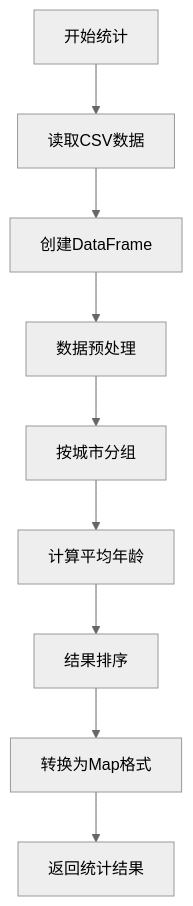
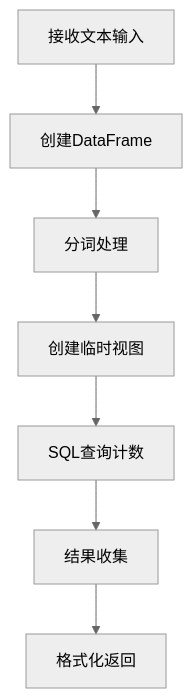
Before and after one commit to HangerLIN/spark-demo: the fourth of 11 diagrams in README.md, drawn with Mermaid (neutral theme). The commit also changed other lines of this file, not shown here.

Commit message:
更新README，添加详细API说明和流程图

````diff
--- a/README.md
+++ b/README.md
@@ -164,11 +83,9 @@
 ```mermaid
 graph TD
-    A[开始统计] --> B[读取CSV数据]
-    B --> C[创建DataFrame]
-    C --> D[数据预处理]
-    D --> E[按城市分组]
-    E --> F[计算平均年龄]
-    F --> G[结果排序]
-    G --> H[转换为Map格式]
-    H --> I[返回统计结果]
+    A[接收文本输入] --> B[创建DataFrame]
+    B --> C[分词处理]
+    C --> D[创建临时视图]
+    D --> E[SQL查询计数]
+    E --> F[结果收集]
+    F --> G[格式化返回]
 ```
````
